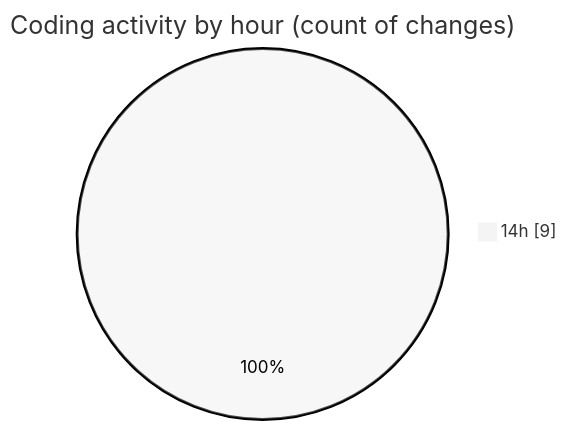
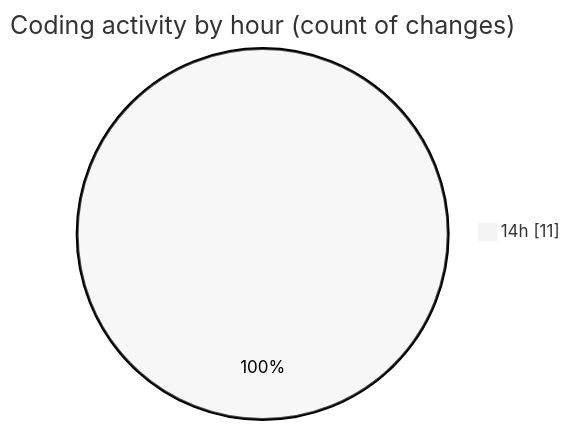
The second of 2 diagrams in 2025-02-07/recipe-page-main/README.md (NitaiMahat/code-tracking), drawn with Mermaid (neutral theme) before and after one commit. The commit also changed other lines of this file and 1 other file, not shown here.

````diff
--- a/2025-02-07/recipe-page-main/README.md
+++ b/2025-02-07/recipe-page-main/README.md
@@ -30,5 +30,5 @@
 ```mermaid
 pie showData
 title Coding activity by hour (count of changes)
-"14h" : 9
+"14h" : 11
 ```
````
